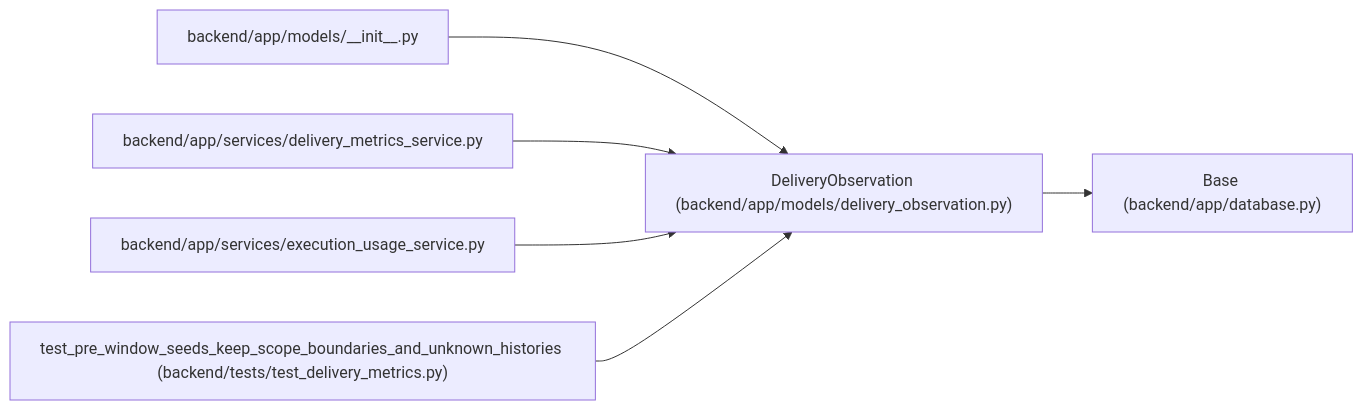
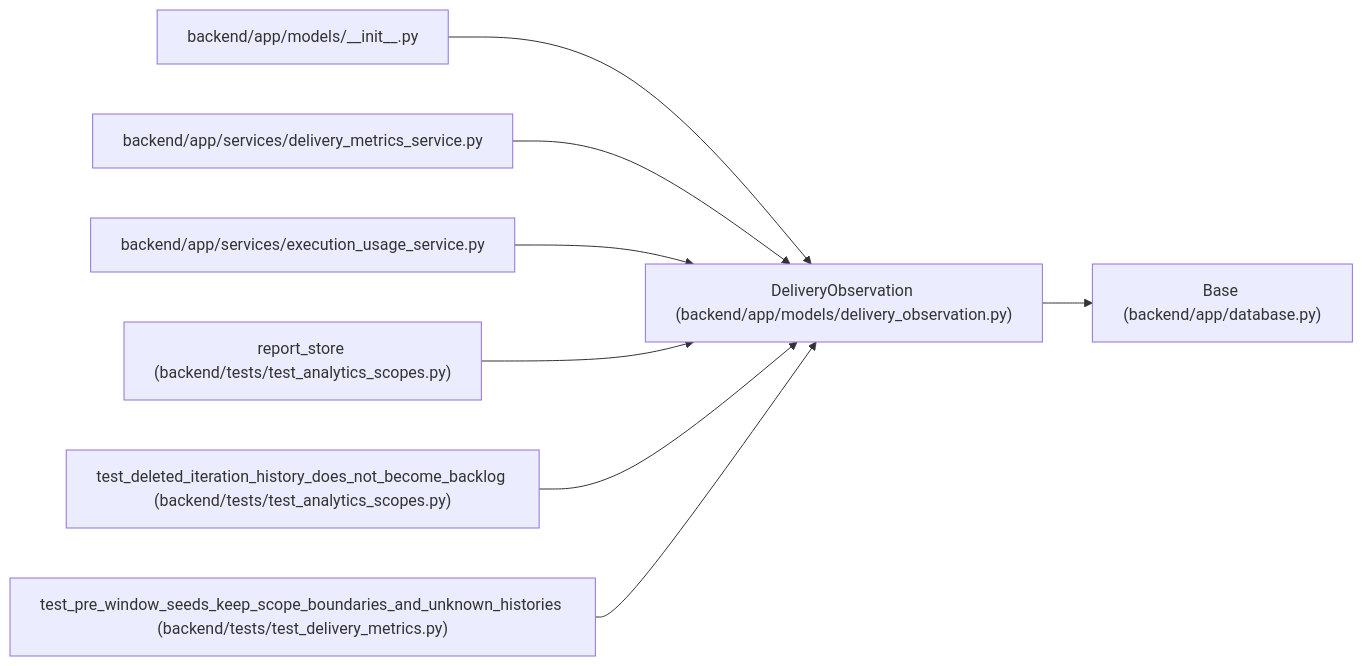
The diagram in docs/llm_wiki/entities/DeliveryObservation.md (Denissvgn/WorkChord), drawn with Mermaid before and after one commit. The commit also changed other lines of this file and 2373 other files, not shown here.

````diff
--- a/docs/llm_wiki/entities/DeliveryObservation.md
+++ b/docs/llm_wiki/entities/DeliveryObservation.md
@@ -34,20 +34,26 @@
 ```mermaid
 flowchart LR
     n0["DeliveryObservation (backend/app/models/delivery_observation.py)"]
     n1["Base (backend/app/database.py)"]
     n2["backend/app/models/__init__.py"]
     n3["backend/app/services/delivery_metrics_service.py"]
     n4["backend/app/services/execution_usage_service.py"]
-    n5["test_pre_window_seeds_keep_scope_boundaries_and_unknown_histories (backend/tests/test_delivery_metrics.py)"]
+    n5["report_store (backend/tests/test_analytics_scopes.py)"]
+    n6["test_deleted_iteration_history_does_not_become_backlog (backend/tests/test_analytics_scopes.py)"]
+    n7["test_pre_window_seeds_keep_scope_boundaries_and_unknown_histories (backend/tests/test_delivery_metrics.py)"]
     n0 --> n1
     n2 --> n0
     n3 --> n0
     n4 --> n0
     n5 --> n0
+    n6 --> n0
+    n7 --> n0
     click n0 "../modules/delivery_observation.md"
     click n1 "../modules/app_database.md"
     click n2 "../modules/models___init__.md"
     click n3 "../modules/delivery_metrics_service.md"
     click n4 "../modules/execution_usage_service.md"
-    click n5 "../modules/test_delivery_metrics.md"
+    click n5 "../modules/test_analytics_scopes.md"
+    click n6 "../modules/test_analytics_scopes.md"
+    click n7 "../modules/test_delivery_metrics.md"
 ```
````
